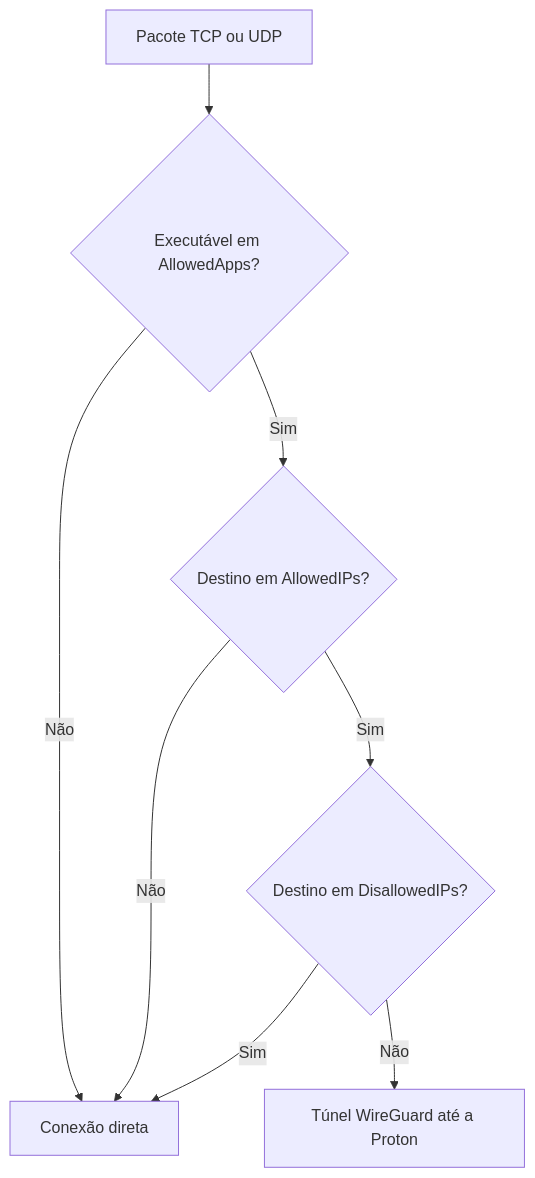
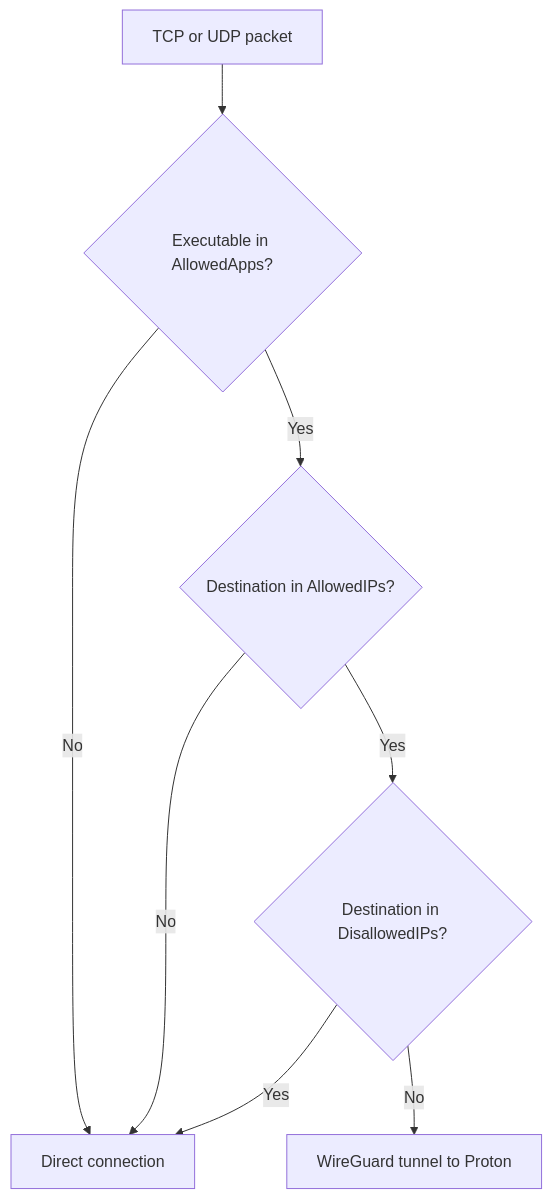
Before and after one commit to F404X/app-tunnel: the first of 2 diagrams in README.md, drawn with Mermaid. The commit also changed other lines of this file and 3 other files, not shown here.

````diff
--- a/README.md
+++ b/README.md
@@ -86,10 +88,10 @@
 ```mermaid
 flowchart TD
-    Packet["Pacote TCP ou UDP"] --> App{"Executável em AllowedApps?"}
-    App -->|Sim| Route{"Destino em AllowedIPs?"}
-    Route -->|Sim| Exclusion{"Destino em DisallowedIPs?"}
-    App -->|Não| Direct["Conexão direta"]
-    Route -->|Não| Direct
-    Exclusion -->|Sim| Direct
-    Exclusion -->|Não| Proton["Túnel WireGuard até a Proton"]
+    Packet["TCP or UDP packet"] --> App{"Executable in AllowedApps?"}
+    App -->|Yes| Route{"Destination in AllowedIPs?"}
+    Route -->|Yes| Exclusion{"Destination in DisallowedIPs?"}
+    App -->|No| Direct["Direct connection"]
+    Route -->|No| Direct
+    Exclusion -->|Yes| Direct
+    Exclusion -->|No| Proton["WireGuard tunnel to Proton"]
 ```
````
